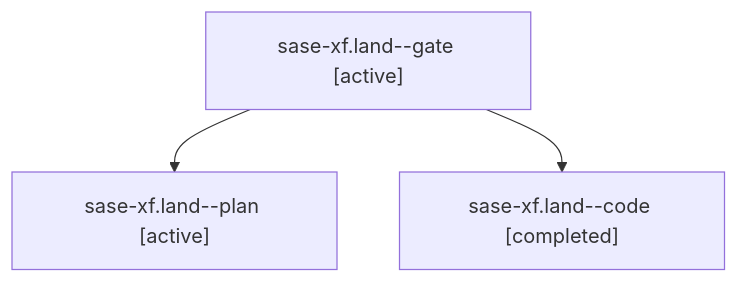
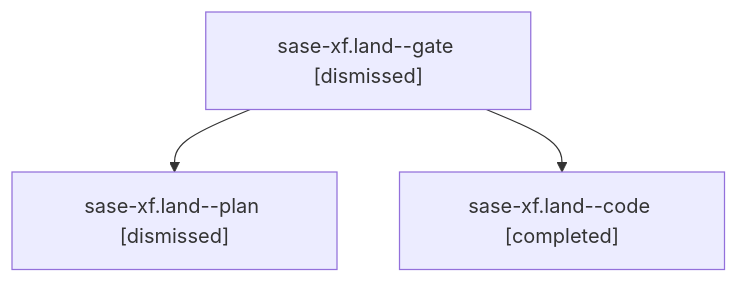
One commit to sase-org/sase--agents changed the diagram in sessions/bbugyi200.athena.sase-xf.land.md. Above: the diagram before and after it, drawn with Mermaid. The commit also changed other lines of this file and 323 other files, not shown here.

````diff
--- a/sessions/bbugyi200.athena.sase-xf.land.md
+++ b/sessions/bbugyi200.athena.sase-xf.land.md
@@ -9,8 +9,8 @@
 ```mermaid
 flowchart TD
-  n0["sase-xf.land--gate [active]"]
-  n1["sase-xf.land--plan [active]"]
+  n0["sase-xf.land--gate [dismissed]"]
+  n1["sase-xf.land--plan [dismissed]"]
   n0 --> n1
   n2["sase-xf.land--code [completed]"]
   n0 --> n2
 ```
````
